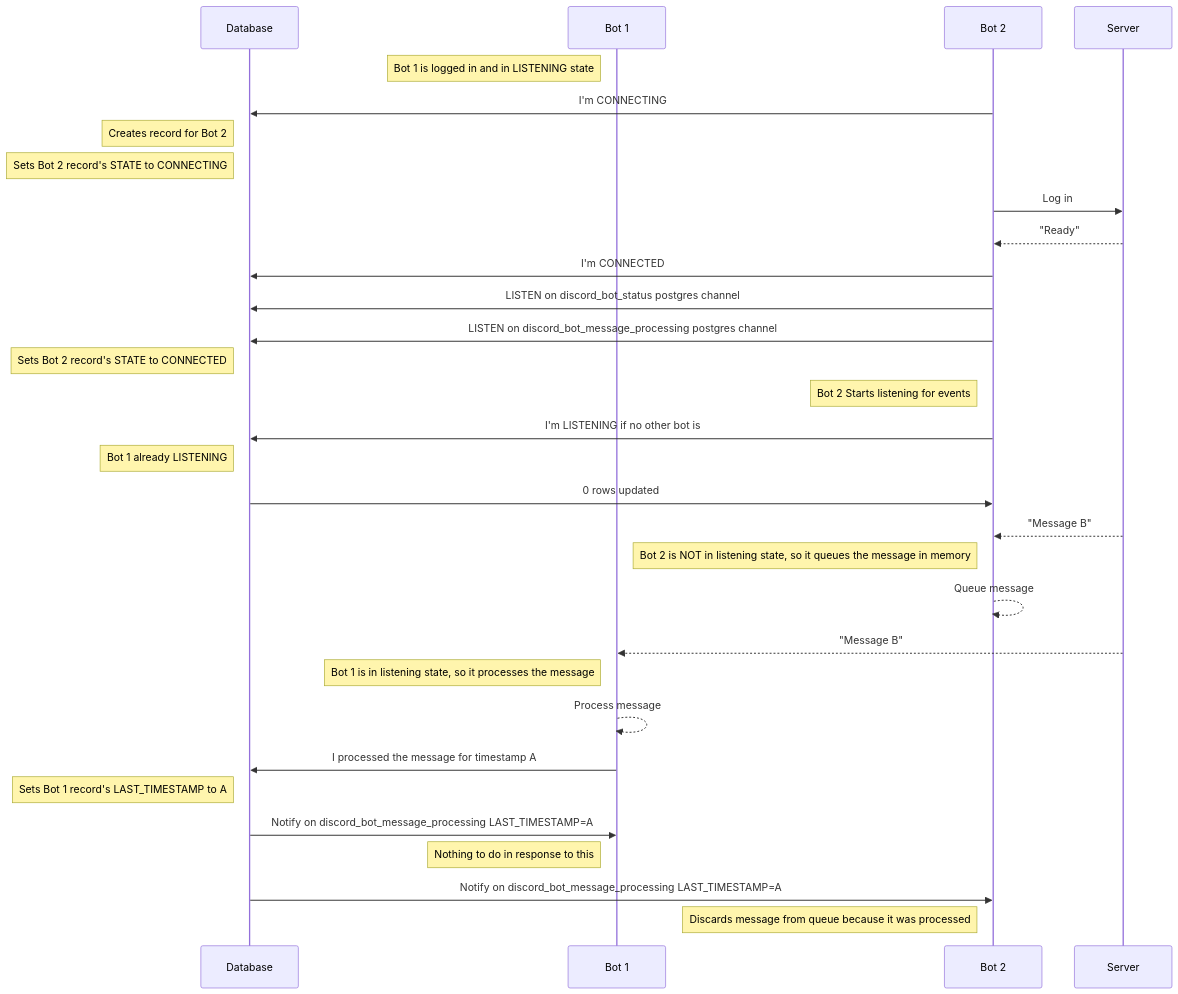
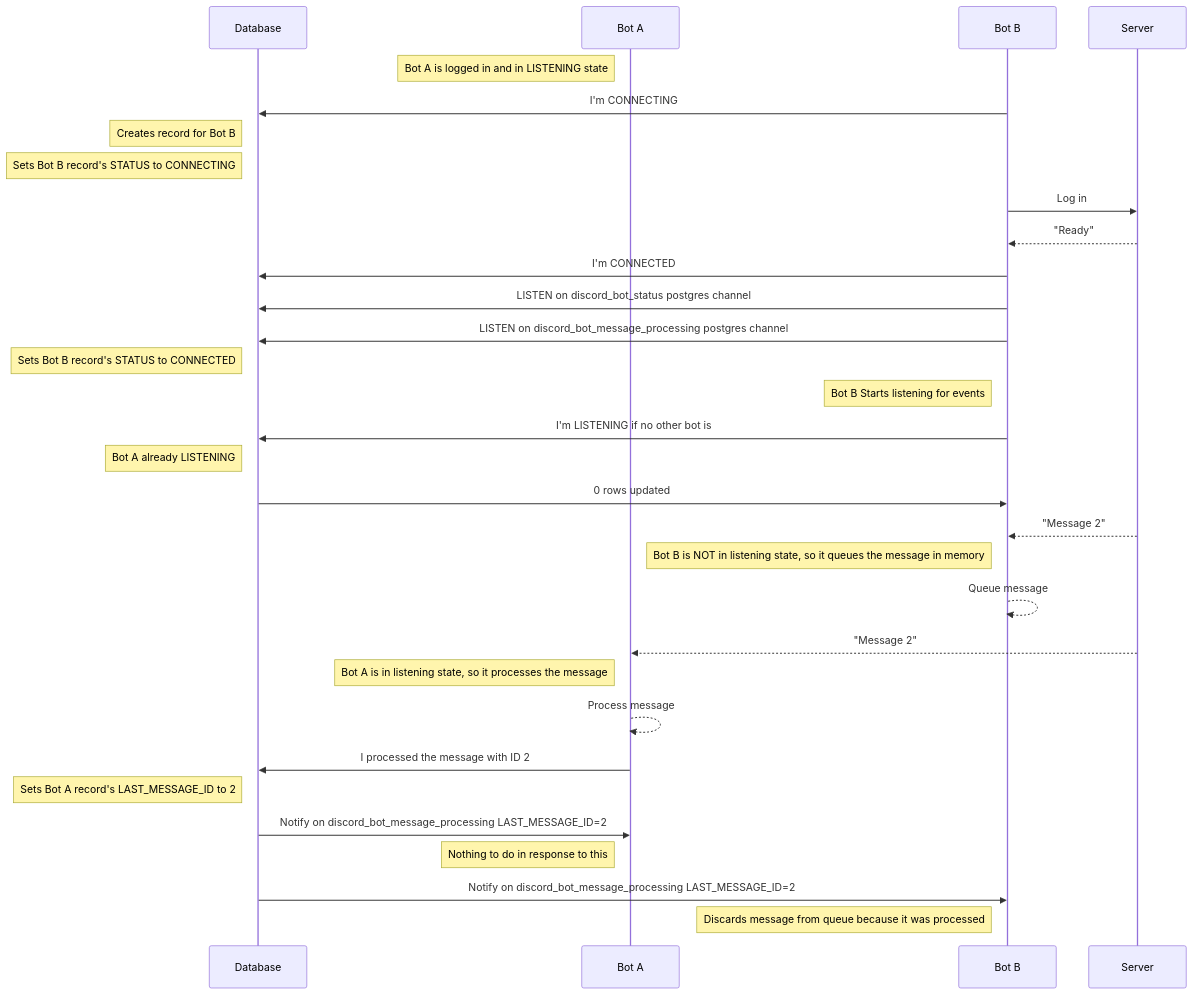
The second of 4 diagrams in packages/discord-bot/docs/multiple-bot-instances-sequence-diagram.md (cardstack/cardstack), drawn with Mermaid before and after one commit. The commit also changed other lines of this file, not shown here.

Commit message:
Update sequence diagrams

````diff
--- a/packages/discord-bot/docs/multiple-bot-instances-sequence-diagram.md
+++ b/packages/discord-bot/docs/multiple-bot-instances-sequence-diagram.md
@@ -44,36 +44,36 @@
 ```mermaid
 sequenceDiagram
     participant Database
-    participant Bot 1
-    participant Bot 2
+    participant Bot A
+    participant Bot B
     participant Server
 
-    Note left of Bot 1: Bot 1 is logged in and in LISTENING state
+    Note left of Bot A: Bot A is logged in and in LISTENING state
 
-    Bot 2->>Database: I'm CONNECTING
-    Note left of Database: Creates record for Bot 2
-    Note left of Database: Sets Bot 2 record's STATE to CONNECTING
-    Bot 2->>Server: Log in
-    Server-->>Bot 2: "Ready"
-    Bot 2->>Database: I'm CONNECTED
-    Bot 2->>Database: LISTEN on discord_bot_status postgres channel
-    Bot 2->>Database: LISTEN on discord_bot_message_processing postgres channel
-    Note left of Database: Sets Bot 2 record's STATE to CONNECTED
-    Note left of Bot 2: Bot 2 Starts listening for events
-    Bot 2->>Database: I'm LISTENING if no other bot is
-    Note left of Database: Bot 1 already LISTENING
-    Database->>Bot 2: 0 rows updated
+    Bot B->>Database: I'm CONNECTING
+    Note left of Database: Creates record for Bot B
+    Note left of Database: Sets Bot B record's STATUS to CONNECTING
+    Bot B->>Server: Log in
+    Server-->>Bot B: "Ready"
+    Bot B->>Database: I'm CONNECTED
+    Bot B->>Database: LISTEN on discord_bot_status postgres channel
+    Bot B->>Database: LISTEN on discord_bot_message_processing postgres channel
+    Note left of Database: Sets Bot B record's STATUS to CONNECTED
+    Note left of Bot B: Bot B Starts listening for events
+    Bot B->>Database: I'm LISTENING if no other bot is
+    Note left of Database: Bot A already LISTENING
+    Database->>Bot B: 0 rows updated
 
-    Server-->>Bot 2: "Message B"
-    Note left of Bot 2: Bot 2 is NOT in listening state, so it queues the message in memory
-    Bot 2-->>Bot 2: Queue message
-    Server-->>Bot 1: "Message B"
-    Note left of Bot 1: Bot 1 is in listening state, so it processes the message
-    Bot 1-->>Bot 1: Process message
-    Bot 1->>Database: I processed the message for timestamp A
-    Note left of Database: Sets Bot 1 record's LAST_TIMESTAMP to A
-    Database->>Bot 1: Notify on discord_bot_message_processing LAST_TIMESTAMP=A
-    Note left of Bot 1: Nothing to do in response to this
-    Database->>Bot 2: Notify on discord_bot_message_processing LAST_TIMESTAMP=A
-    Note left of Bot 2: Discards message from queue because it was processed
+    Server-->>Bot B: "Message 2"
+    Note left of Bot B: Bot B is NOT in listening state, so it queues the message in memory
+    Bot B-->>Bot B: Queue message
+    Server-->>Bot A: "Message 2"
+    Note left of Bot A: Bot A is in listening state, so it processes the message
+    Bot A-->>Bot A: Process message
+    Bot A->>Database: I processed the message with ID 2
+    Note left of Database: Sets Bot A record's LAST_MESSAGE_ID to 2
+    Database->>Bot A: Notify on discord_bot_message_processing LAST_MESSAGE_ID=2
+    Note left of Bot A: Nothing to do in response to this
+    Database->>Bot B: Notify on discord_bot_message_processing LAST_MESSAGE_ID=2
+    Note left of Bot B: Discards message from queue because it was processed
 ```
````
